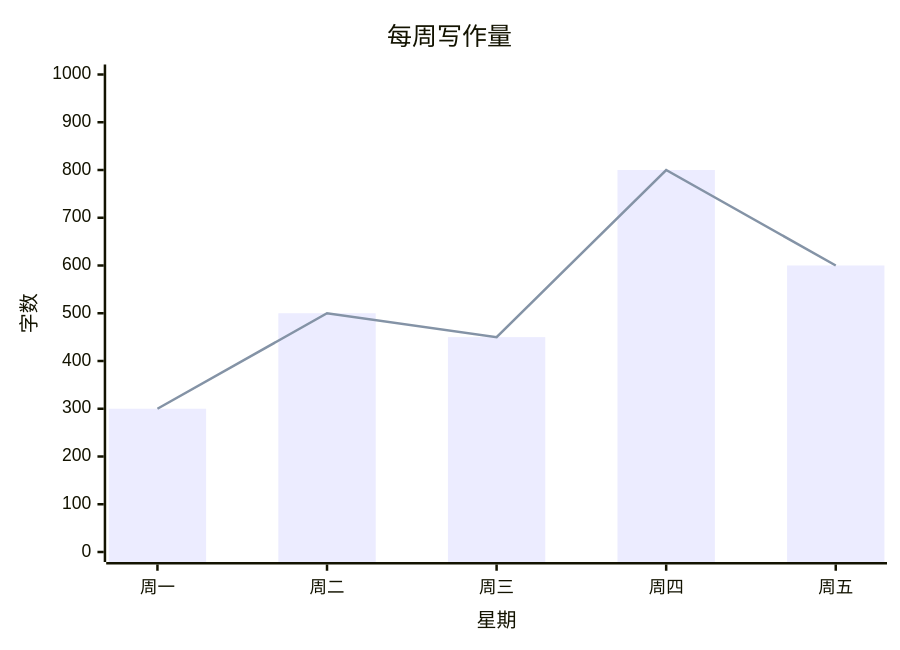
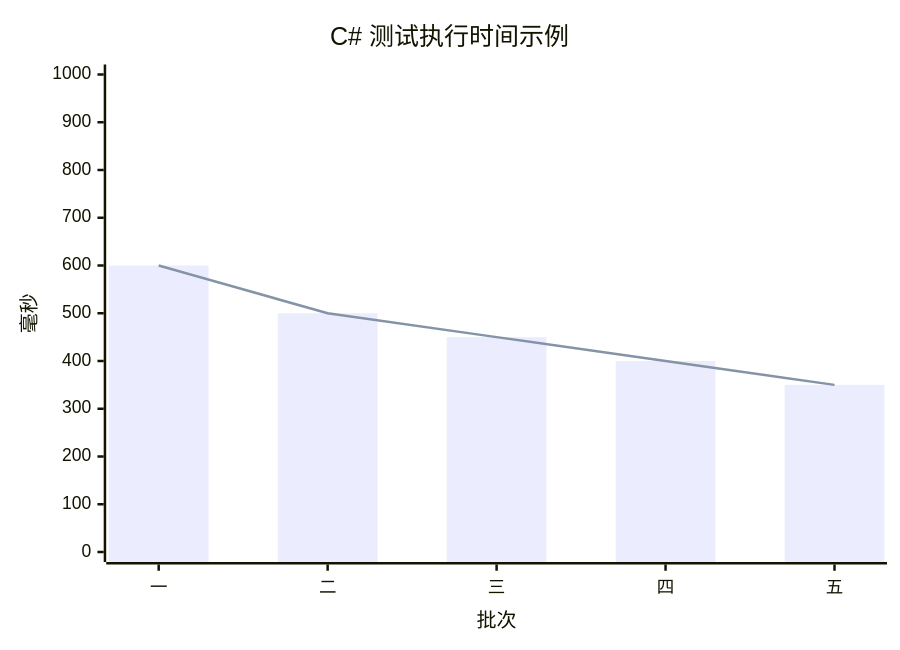
Diagram 19 of 24 in docs/演示文档/Mermaid 图表图鉴.md (dotnet9/Vex), drawn with Mermaid before and after one commit. The commit also changed other lines of this file and 23 other files, not shown here.

Commit message:
完善(演示文档)：围绕 .NET 与 Avalonia 重编示例并补齐 24 类图表

````diff
--- a/docs/演示文档/Mermaid 图表图鉴.md
+++ b/docs/演示文档/Mermaid 图表图鉴.md
@@ -259,8 +264,8 @@
 ```mermaid
 xychart-beta
-  title "每周写作量"
-  x-axis "星期" ["周一", "周二", "周三", "周四", "周五"]
-  y-axis "字数" 0 --> 1000
-  bar [300, 500, 450, 800, 600]
-  line [300, 500, 450, 800, 600]
+  title "C# 测试执行时间示例"
+  x-axis "批次" ["一", "二", "三", "四", "五"]
+  y-axis "毫秒" 0 --> 1000
+  bar [600, 500, 450, 400, 350]
+  line [600, 500, 450, 400, 350]
 ```
````
